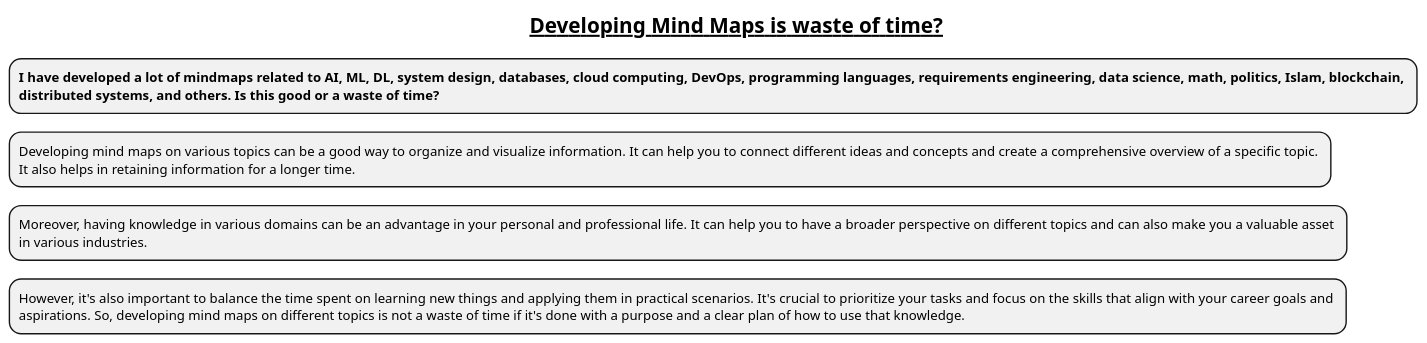
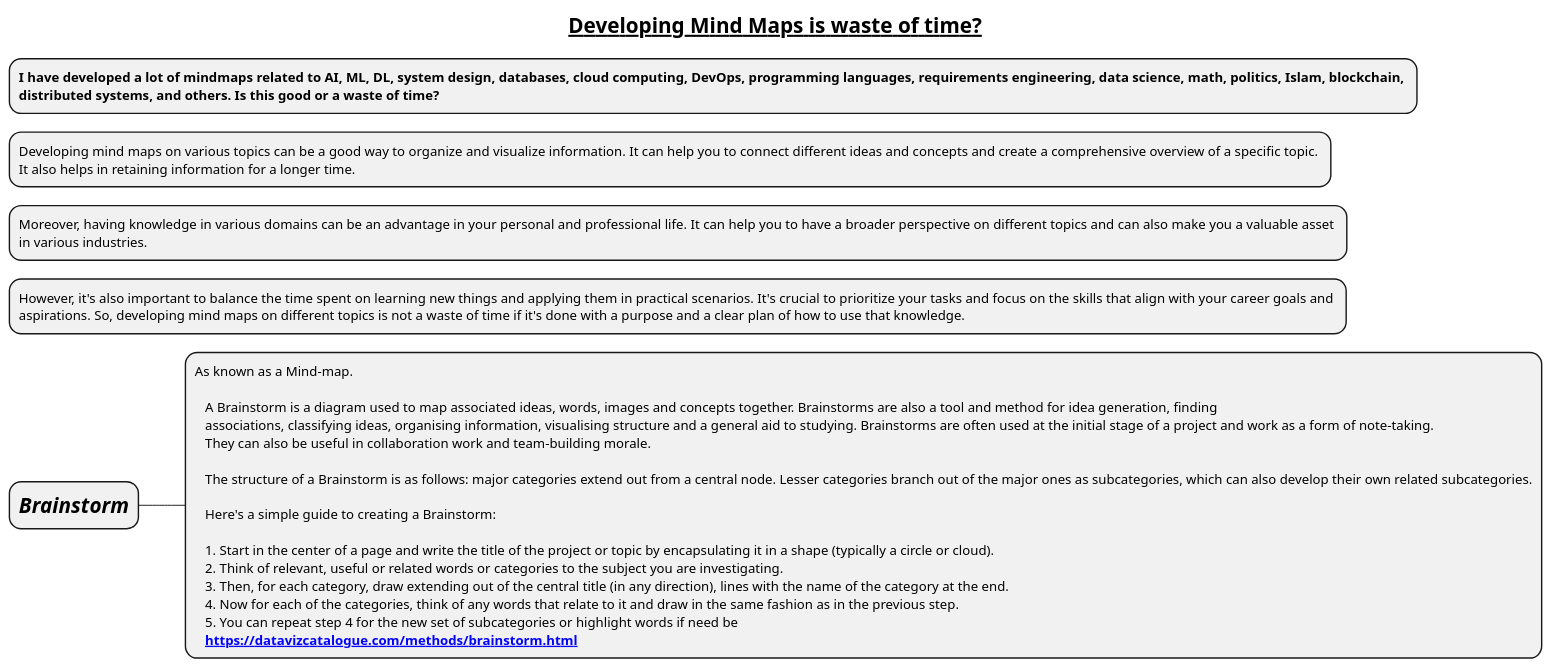
One commit to MehmoodHashmi/Documentation-as-Code-DaC changed the diagram in docs/1-Requirement-Engineering/mindmap-waste-of-time.puml. Above: the diagram before and after it, drawn with PlantUML. The commit also changed 5 other files, not shown here.

```diff
--- a/docs/1-Requirement-Engineering/mindmap-waste-of-time.puml
+++ b/docs/1-Requirement-Engineering/mindmap-waste-of-time.puml
@@ -1,14 +1,30 @@
 @startmindmap
 
 title =__Developing Mind Maps is waste of time?__
 
 * **I have developed a lot of mindmaps related to AI, ML, DL, system design, databases, cloud computing, DevOps, programming languages, requirements engineering, data science, math, politics, Islam, blockchain, **\n**distributed systems, and others. Is this good or a waste of time?**
 
 * Developing mind maps on various topics can be a good way to organize and visualize information. It can help you to connect different ideas and concepts and create a comprehensive overview of a specific topic. \nIt also helps in retaining information for a longer time.
 
 * Moreover, having knowledge in various domains can be an advantage in your personal and professional life. It can help you to have a broader perspective on different topics and can also make you a valuable asset \nin various industries.
 
 * However, it's also important to balance the time spent on learning new things and applying them in practical scenarios. It's crucial to prioritize your tasks and focus on the skills that align with your career goals and \naspirations. So, developing mind maps on different topics is not a waste of time if it's done with a purpose and a clear plan of how to use that knowledge.
 
+* =//Brainstorm//
+**:As known as a Mind-map.
 
+   A Brainstorm is a diagram used to map associated ideas, words, images and concepts together. Brainstorms are also a tool and method for idea generation, finding
+   associations, classifying ideas, organising information, visualising structure and a general aid to studying. Brainstorms are often used at the initial stage of a project and work as a form of note-taking.
+   They can also be useful in collaboration work and team-building morale.
+
+   The structure of a Brainstorm is as follows: major categories extend out from a central node. Lesser categories branch out of the major ones as subcategories, which can also develop their own related subcategories.
+
+   Here's a simple guide to creating a Brainstorm:
+
+   1. Start in the center of a page and write the title of the project or topic by encapsulating it in a shape (typically a circle or cloud).
+   2. Think of relevant, useful or related words or categories to the subject you are investigating.
+   3. Then, for each category, draw extending out of the central title (in any direction), lines with the name of the category at the end.
+   4. Now for each of the categories, think of any words that relate to it and draw in the same fashion as in the previous step.
+   5. You can repeat step 4 for the new set of subcategories or highlight words if need be
+   **[[https://datavizcatalogue.com/methods/brainstorm.html https://datavizcatalogue.com/methods/brainstorm.html]]**;
 @endmindmap
```
